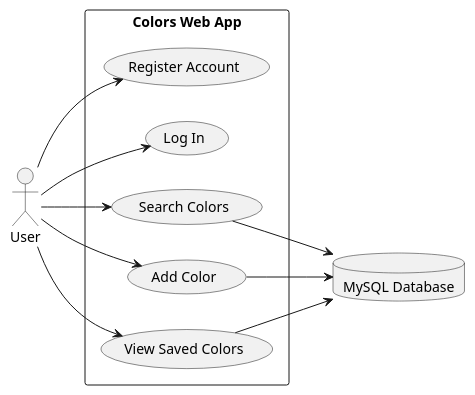
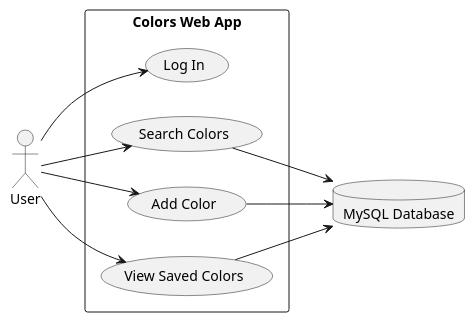
The diagram in docs/uml/usecase.puml (dangdatbrandon/LAMP-Practice), drawn with PlantUML before and after one commit. The commit also changed 3 other files, not shown here.

Commit message:
updated UML

```diff
--- a/docs/uml/usecase.puml
+++ b/docs/uml/usecase.puml
@@ -1,25 +1,23 @@
 @startuml
 left to right direction
 skinparam shadowing false
 skinparam packageStyle rectangle
 
 actor User
 database "MySQL Database" as DB
 
 rectangle "Colors Web App" {
-  usecase "Register Account" as UC1
   usecase "Log In" as UC2
   usecase "Search Colors" as UC3
   usecase "Add Color" as UC4
   usecase "View Saved Colors" as UC5
 }
 
-User --> UC1
 User --> UC2
 User --> UC3
 User --> UC4
 User --> UC5
 UC3 --> DB
 UC4 --> DB
 UC5 --> DB
 @enduml
```
